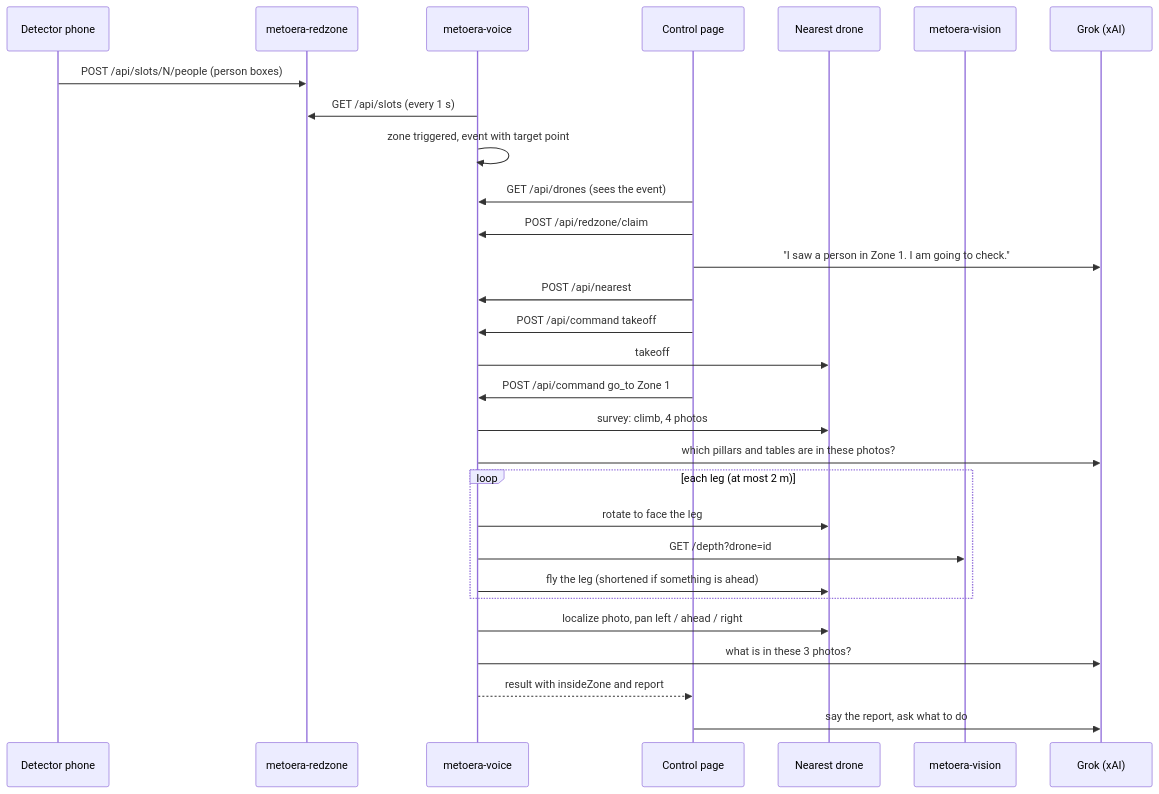
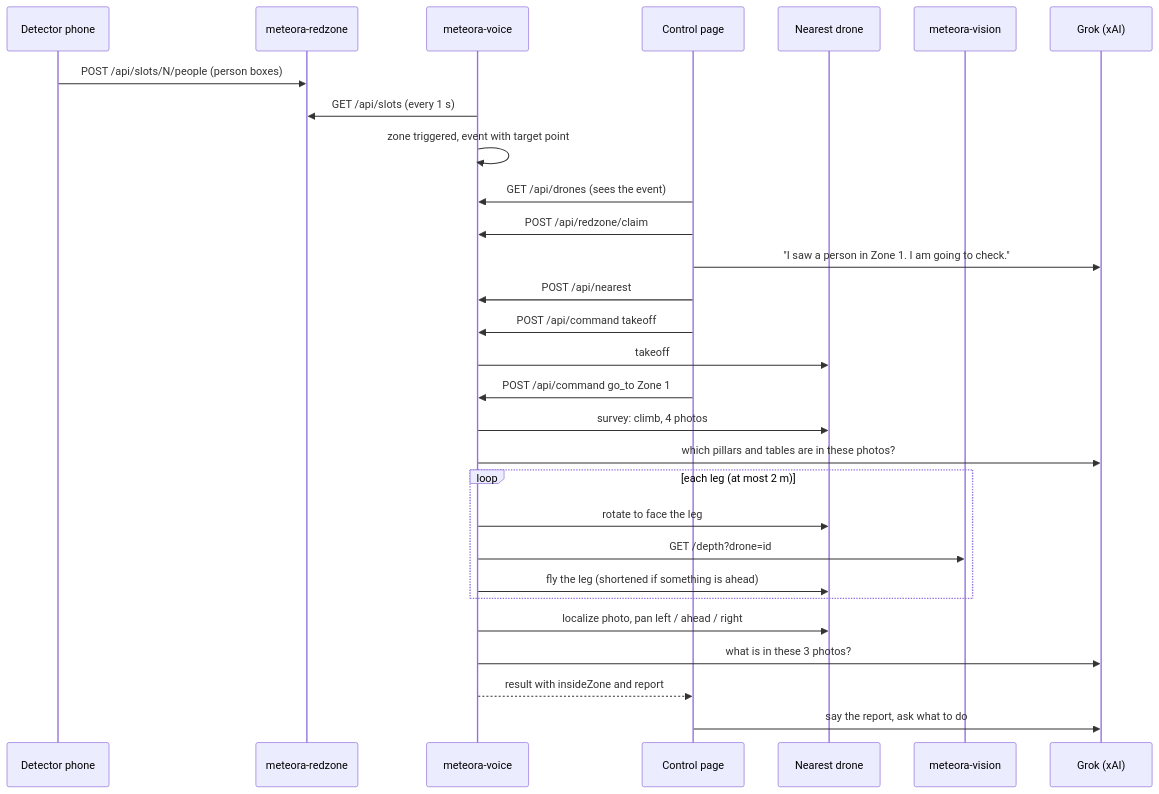
Before and after one commit to arn9ve/Meteora: the second of 2 diagrams in docs/ARCHITECTURE.md, drawn with Mermaid. The commit also changed other lines of this file and 167 other files, not shown here.

````diff
--- a/docs/ARCHITECTURE.md
+++ b/docs/ARCHITECTURE.md
@@ -119,32 +119,32 @@
 ```mermaid
 sequenceDiagram
   participant Phone as Detector phone
-  participant RZ as metoera-redzone
-  participant V as metoera-voice
+  participant RZ as meteora-redzone
+  participant V as meteora-voice
   participant Page as Control page
   participant D as Nearest drone
-  participant VI as metoera-vision
+  participant VI as meteora-vision
   participant G as Grok (xAI)
 
   Phone->>RZ: POST /api/slots/N/people (person boxes)
   V->>RZ: GET /api/slots (every 1 s)
   V->>V: zone triggered, event with target point
   Page->>V: GET /api/drones (sees the event)
   Page->>V: POST /api/redzone/claim
   Page->>G: "I saw a person in Zone 1. I am going to check."
   Page->>V: POST /api/nearest
   Page->>V: POST /api/command takeoff
   V->>D: takeoff
   Page->>V: POST /api/command go_to Zone 1
   V->>D: survey: climb, 4 photos
   V->>G: which pillars and tables are in these photos?
   loop each leg (at most 2 m)
     V->>D: rotate to face the leg
     V->>VI: GET /depth?drone=id
     V->>D: fly the leg (shortened if something is ahead)
   end
   V->>D: localize photo, pan left / ahead / right
   V->>G: what is in these 3 photos?
   V-->>Page: result with insideZone and report
   Page->>G: say the report, ask what to do
 ```
````
